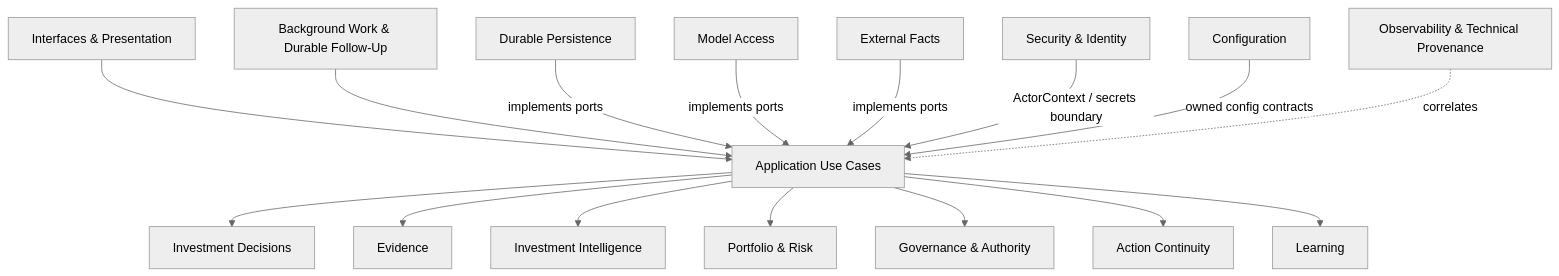
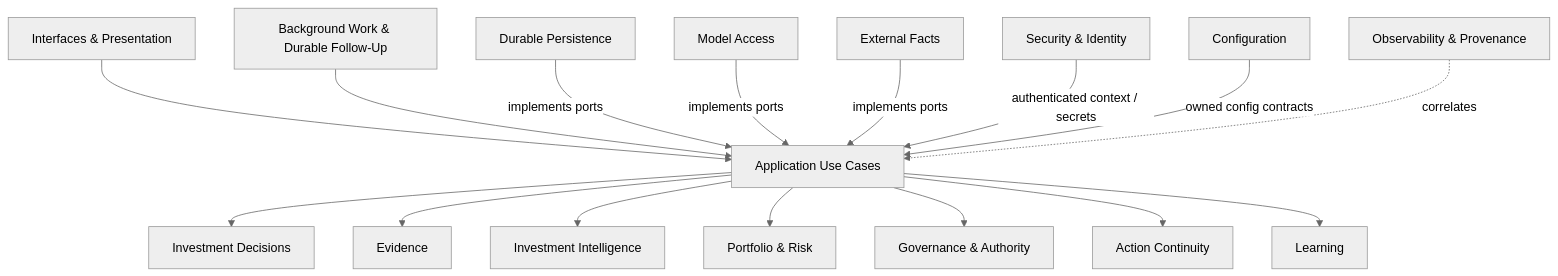
The third of 8 diagrams in docs/proposed/platform-domain-interaction-map.md (sponge-b0b/Polaris), drawn with Mermaid (neutral theme) before and after one commit. The commit also changed other lines of this file and 13 other files, not shown here.

````diff
--- a/docs/proposed/platform-domain-interaction-map.md
+++ b/docs/proposed/platform-domain-interaction-map.md
@@ -212,20 +216,20 @@
 ```mermaid
 flowchart TB
     UI[Interfaces & Presentation] --> APP[Application Use Cases]
     BG[Background Work & Durable Follow-Up] --> APP
 
     APP --> D[Investment Decisions]
     APP --> E[Evidence]
     APP --> I[Investment Intelligence]
     APP --> P[Portfolio & Risk]
     APP --> G[Governance & Authority]
     APP --> A[Action Continuity]
     APP --> L[Learning]
 
     DP[Durable Persistence] -->|implements ports| APP
     MA[Model Access] -->|implements ports| APP
     EF[External Facts] -->|implements ports| APP
-    SI[Security & Identity] -->|ActorContext / secrets boundary| APP
+    SI[Security & Identity] -->|authenticated context / secrets| APP
     CFG[Configuration] -->|owned config contracts| APP
-    OBS[Observability & Technical Provenance] -.correlates.-> APP
+    OBS[Observability & Provenance] -.correlates.-> APP
 ```
````
